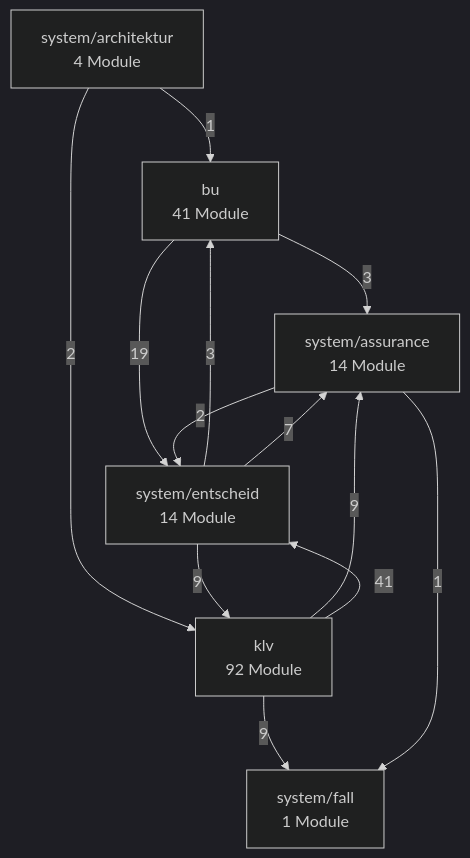
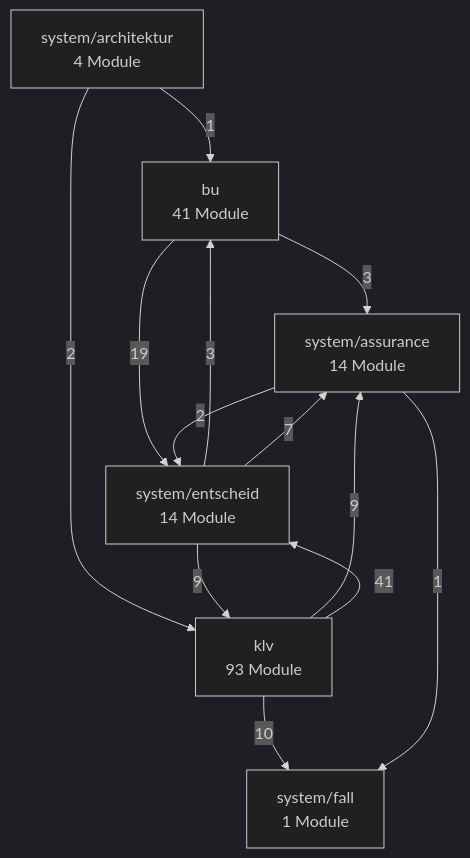
The second of 3 diagrams in docs/architektur/landkarte.md (bartlmac/rechner-pipeline), drawn with Mermaid (dark theme) before and after one commit. The commit also changed other lines of this file and 41 other files, not shown here.

````diff
--- a/docs/architektur/landkarte.md
+++ b/docs/architektur/landkarte.md
@@ -78,22 +78,22 @@
 ```mermaid
 %% Fachknoten — erzeugt von ontologie.landkarte
 flowchart TD
     bu["bu<br/>41 Module"]
-    klv["klv<br/>92 Module"]
+    klv["klv<br/>93 Module"]
     system_architektur["system/architektur<br/>4 Module"]
     system_assurance["system/assurance<br/>14 Module"]
     system_entscheid["system/entscheid<br/>14 Module"]
     system_fall["system/fall<br/>1 Module"]
     bu -- 3 --> system_assurance
     bu -- 19 --> system_entscheid
     klv -- 9 --> system_assurance
     klv -- 41 --> system_entscheid
-    klv -- 9 --> system_fall
+    klv -- 10 --> system_fall
     system_architektur -- 1 --> bu
     system_architektur -- 2 --> klv
     system_assurance -- 2 --> system_entscheid
     system_assurance -- 1 --> system_fall
     system_entscheid -- 3 --> bu
     system_entscheid -- 9 --> klv
     system_entscheid -- 7 --> system_assurance
 ```
````
